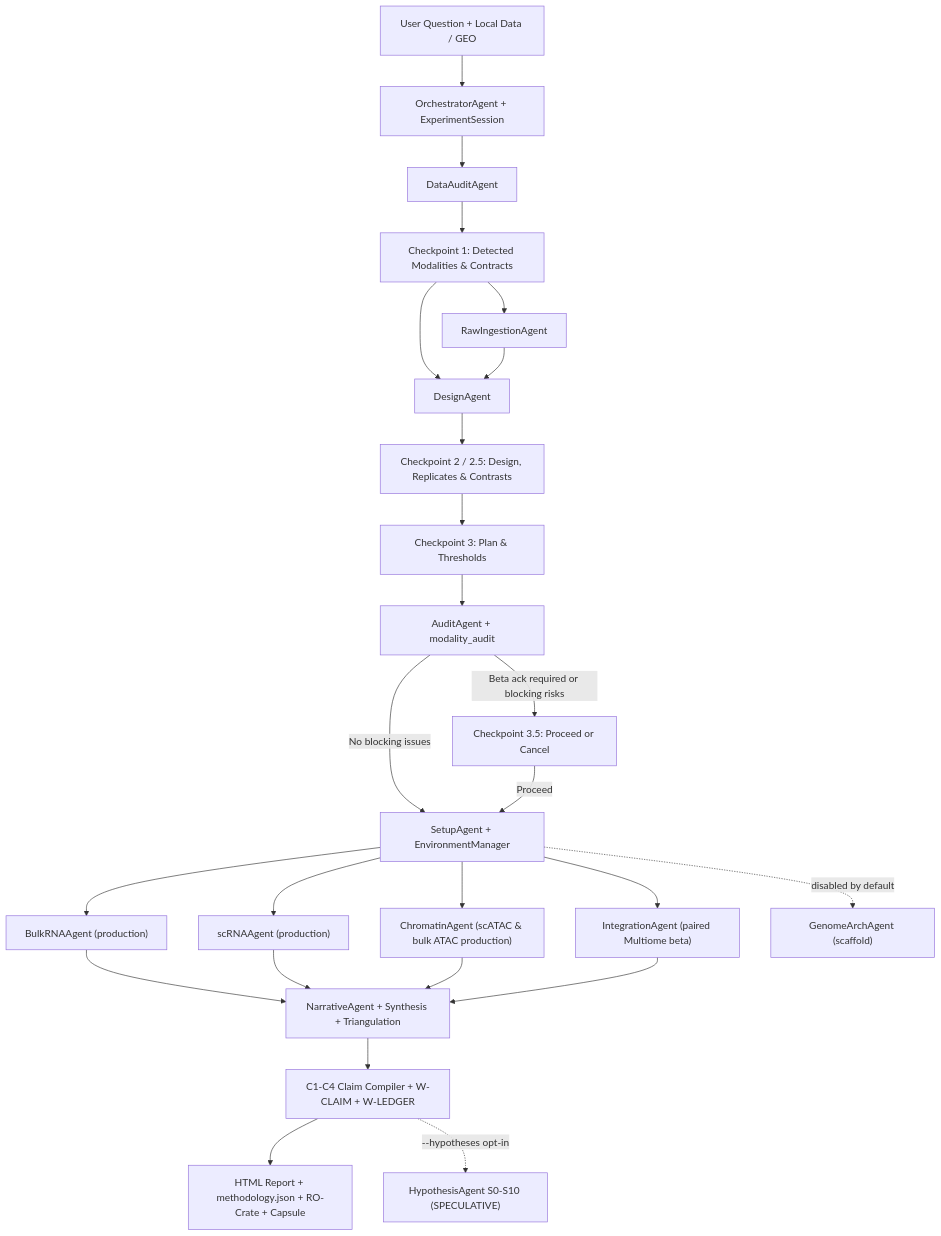
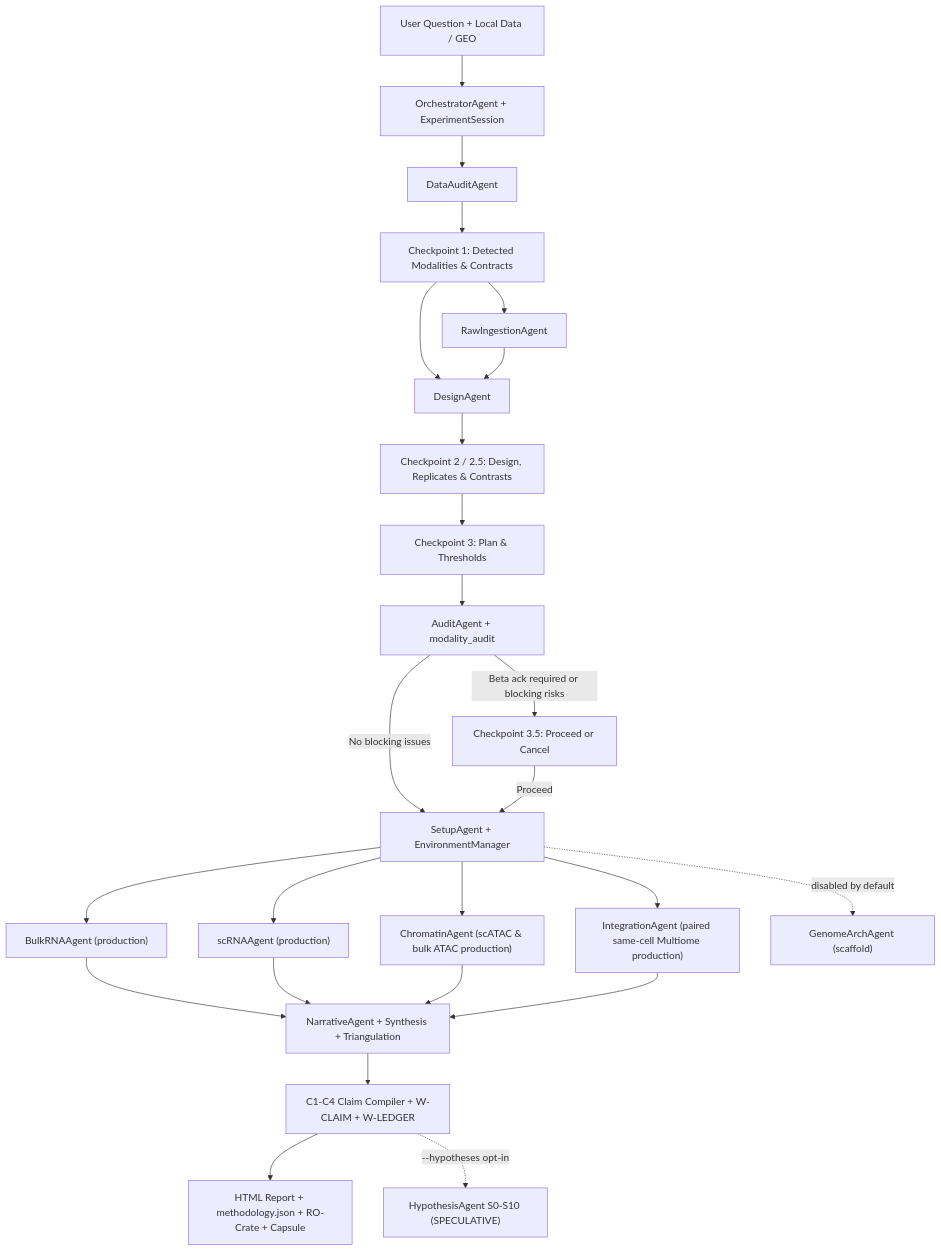
One commit to Olascoaga/aria-omics changed the diagram in docs/diagrams/aria_overview.mmd. Above: the diagram before and after it, drawn with Mermaid. The commit also changed 50 other files, not shown here.

```diff
--- a/docs/diagrams/aria_overview.mmd
+++ b/docs/diagrams/aria_overview.mmd
@@ -1,25 +1,25 @@
 flowchart TD
     U["User Question + Local Data / GEO"] --> O["OrchestratorAgent + ExperimentSession"]
     O --> DA["DataAuditAgent"]
     DA --> CP1["Checkpoint 1: Detected Modalities & Contracts"]
     CP1 --> RAW["RawIngestionAgent"]
     CP1 --> D["DesignAgent"]
     RAW --> D
     D --> CP2["Checkpoint 2 / 2.5: Design, Replicates & Contrasts"]
     CP2 --> CP3["Checkpoint 3: Plan & Thresholds"]
     CP3 --> A["AuditAgent + modality_audit"]
     A -->|Beta ack required or blocking risks| CP35["Checkpoint 3.5: Proceed or Cancel"]
     A -->|No blocking issues| SETUP["SetupAgent + EnvironmentManager"]
     CP35 -->|Proceed| SETUP
     SETUP --> B["BulkRNAAgent (production)"]
     SETUP --> S["scRNAAgent (production)"]
     SETUP --> C["ChromatinAgent (scATAC & bulk ATAC production)"]
-    SETUP --> INT["IntegrationAgent (paired Multiome beta)"]
+    SETUP --> INT["IntegrationAgent (paired same-cell Multiome production)"]
     SETUP -. disabled by default .-> H["GenomeArchAgent (scaffold)"]
     B --> N["NarrativeAgent + Synthesis + Triangulation"]
     S --> N
     C --> N
     INT --> N
     N --> COMP["C1-C4 Claim Compiler + W-CLAIM + W-LEDGER"]
     COMP --> R["HTML Report + methodology.json + RO-Crate + Capsule"]
     COMP -. "--hypotheses opt-in" .-> HYPO["HypothesisAgent S0-S10 (SPECULATIVE)"]
```
